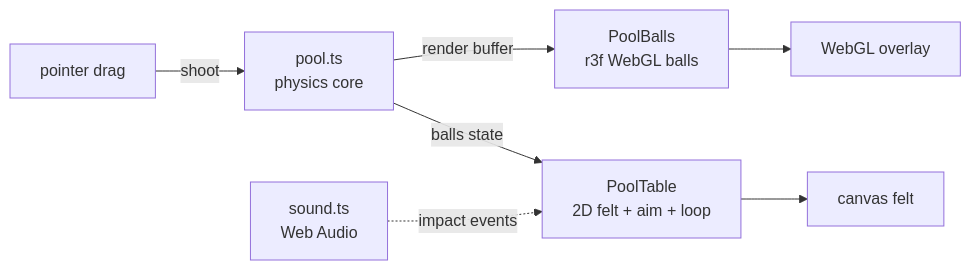
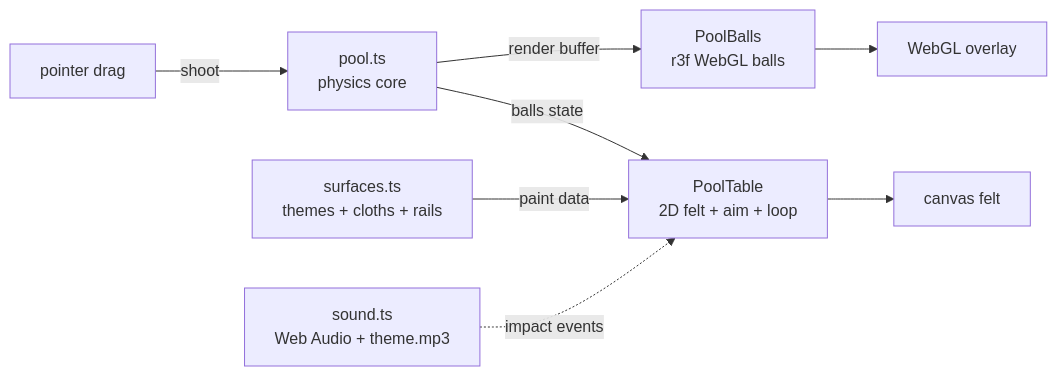
One commit to bunlongheng/country-pool changed the first of 2 diagrams in README.md. Above: the diagram before and after it, drawn with Mermaid. The commit also changed other lines of this file and 8 other files, not shown here.

````diff
--- a/README.md
+++ b/README.md
@@ -38,9 +41,10 @@
 ```mermaid
 flowchart LR
     P[pool.ts<br/>physics core] -->|render buffer| B[PoolBalls<br/>r3f WebGL balls]
     P -->|balls state| F[PoolTable<br/>2D felt + aim + loop]
+    D[surfaces.ts<br/>themes + cloths + rails] -->|paint data| F
     I[pointer drag] -->|shoot| P
-    S[sound.ts<br/>Web Audio] -.->|impact events| F
+    S[sound.ts<br/>Web Audio + theme.mp3] -.->|impact events| F
     F --> C[canvas felt]
     B --> G[WebGL overlay]
 ```
````
